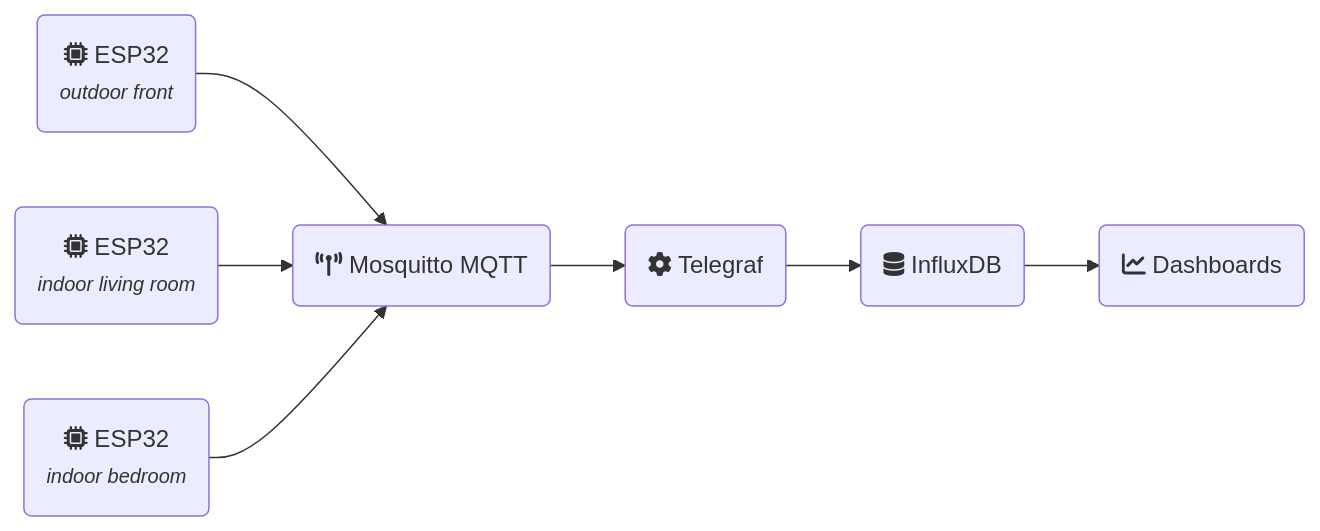
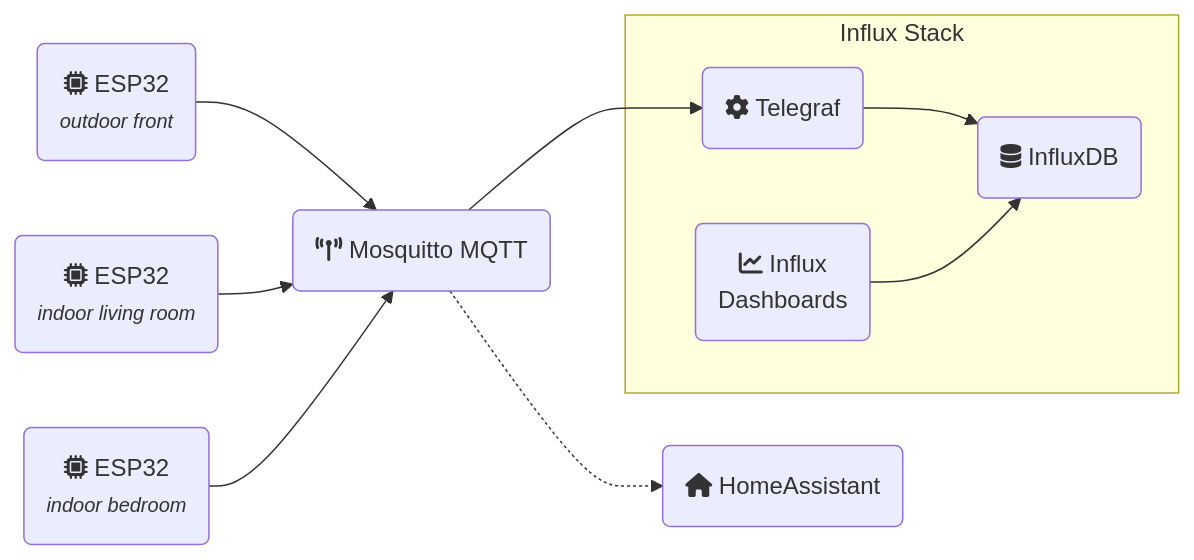
One commit to etiennetremel/esp32-home-sensor changed the diagram in README.md. Above: the diagram before and after it, drawn with Mermaid.

Commit message:
docs: update diagram

````diff
--- a/README.md
+++ b/README.md
@@ -12,17 +12,21 @@
 ```mermaid
 flowchart LR
-    A(fa:fa-microchip ESP32<br /><small><i>outdoor front</i></small>)
-    B(fa:fa-microchip ESP32<br /><small><i>indoor living room</i></small>)
-    C(fa:fa-microchip ESP32<br /><small><i>indoor bedroom</i></small>)
-    D(fa:fa-tower-broadcast Mosquitto MQTT)
-    E(fa:fa-gear Telegraf)
-    F(fa:fa-database InfluxDB)
-    G(fa:fa-chart-line Dashboards)
+    Outdoor(fa:fa-microchip ESP32<br /><small><i>outdoor front</i></small>)
+    LivingRoom(fa:fa-microchip ESP32<br /><small><i>indoor living room</i></small>)
+    BedRoom(fa:fa-microchip ESP32<br /><small><i>indoor bedroom</i></small>)
+    MQTT(fa:fa-tower-broadcast Mosquitto MQTT)
+    Telegraf(fa:fa-gear Telegraf)
+    InfluxDB(fa:fa-database InfluxDB)
+    InfluxDashboards(fa:fa-chart-line Influx<br>Dashboards)
+    HomeAssistant(fa:fa-house HomeAssistant)
 
-    A-->D
-    B-->D
-    C-->D
-    D-->E
-    E-->F
-    F-->G
+    Outdoor-->MQTT
+    LivingRoom-->MQTT
+    BedRoom-->MQTT
+    MQTT-->Telegraf
+    subgraph Influx Stack
+    Telegraf-->InfluxDB
+    InfluxDashboards-->InfluxDB
+    end
+    MQTT-.->HomeAssistant
 ```
````
